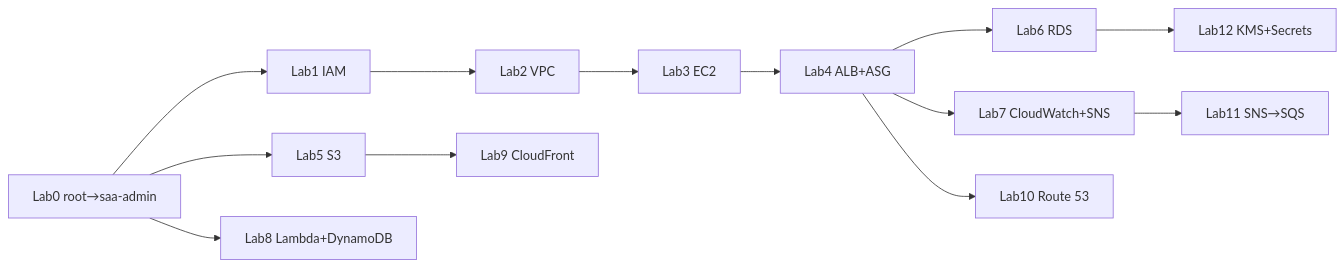
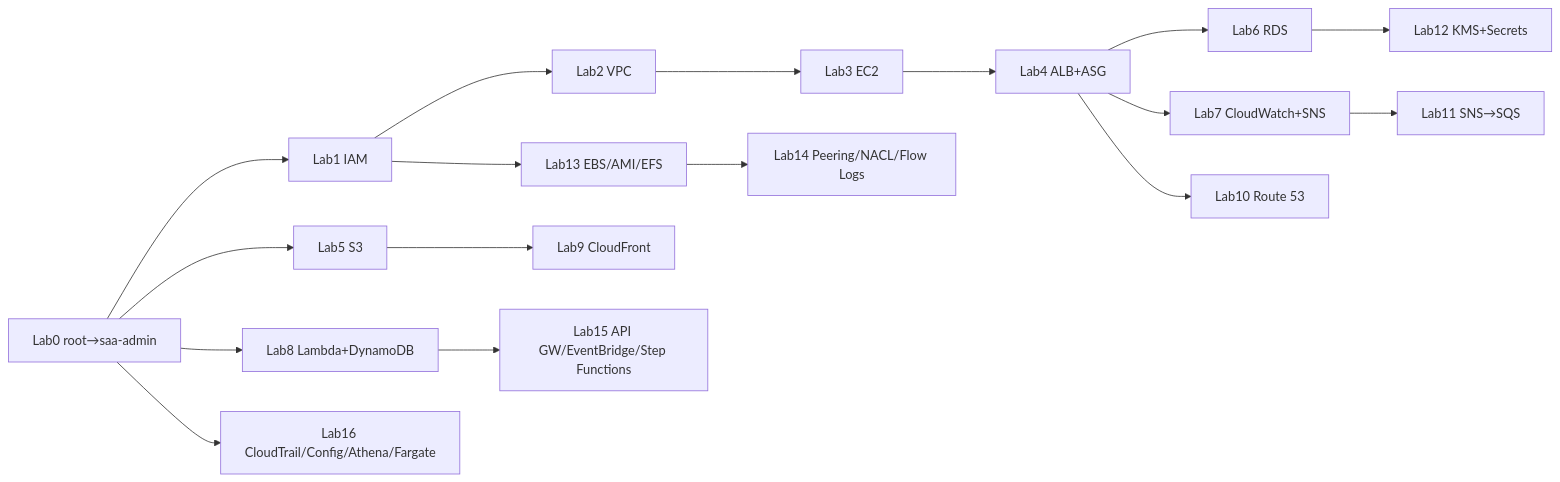
One commit to ChunPingWang/aws-saa-preparation changed the first of 5 diagrams in README.md. Above: the diagram before and after it, drawn with Mermaid. The commit also changed other lines of this file, not shown here.

Commit message:
v3: README Lab 13-16, overview, cleanup, pitfalls

````diff
--- a/README.md
+++ b/README.md
@@ -77,10 +95,13 @@
 ```mermaid
 flowchart LR
   Z[Lab0 root→saa-admin] --> A[Lab1 IAM] --> B[Lab2 VPC] --> C[Lab3 EC2] --> D[Lab4 ALB+ASG]
   D --> E[Lab6 RDS]
   D --> G[Lab7 CloudWatch+SNS] --> K[Lab11 SNS→SQS]
   Z --> F[Lab5 S3] --> I[Lab9 CloudFront]
   D --> J[Lab10 Route 53]
   Z --> H[Lab8 Lambda+DynamoDB]
   E --> L[Lab12 KMS+Secrets]
+  A --> M[Lab13 EBS/AMI/EFS] --> N[Lab14 Peering/NACL/Flow Logs]
+  H --> O[Lab15 API GW/EventBridge/Step Functions]
+  Z --> P[Lab16 CloudTrail/Config/Athena/Fargate]
 ```
````
